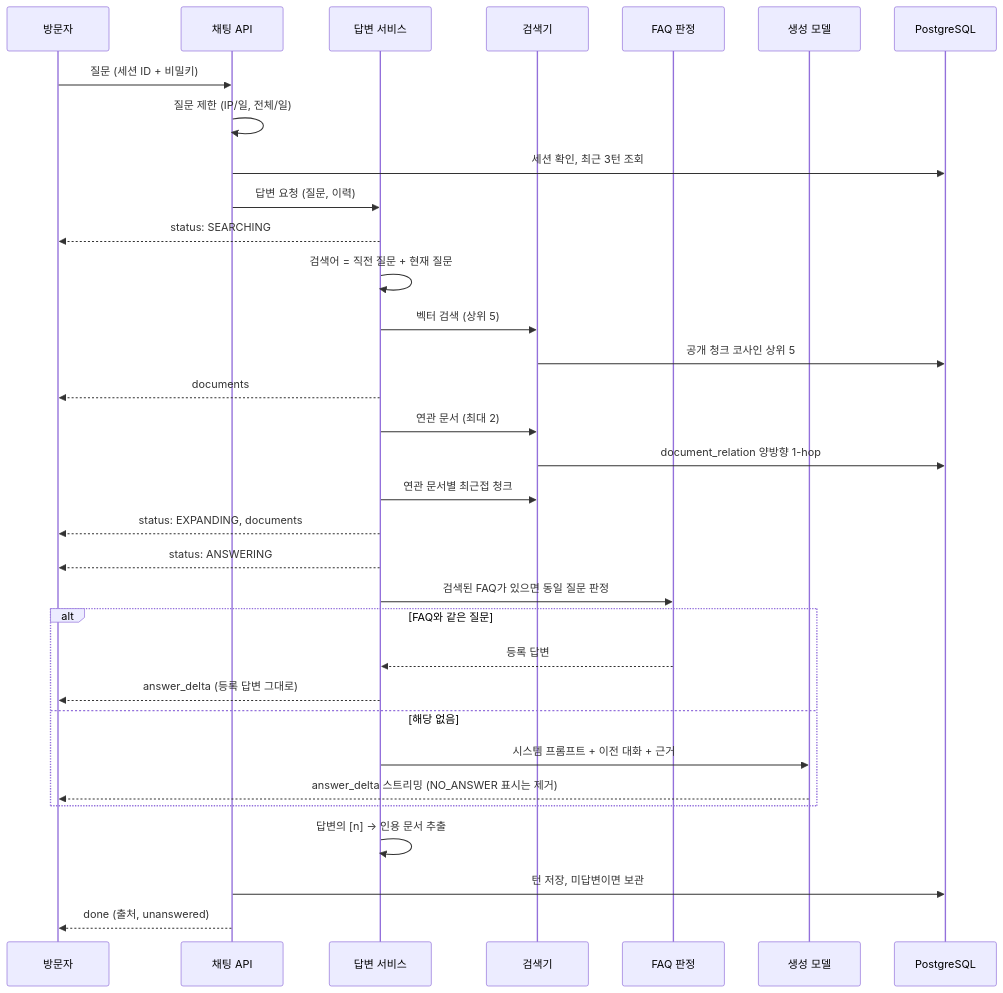
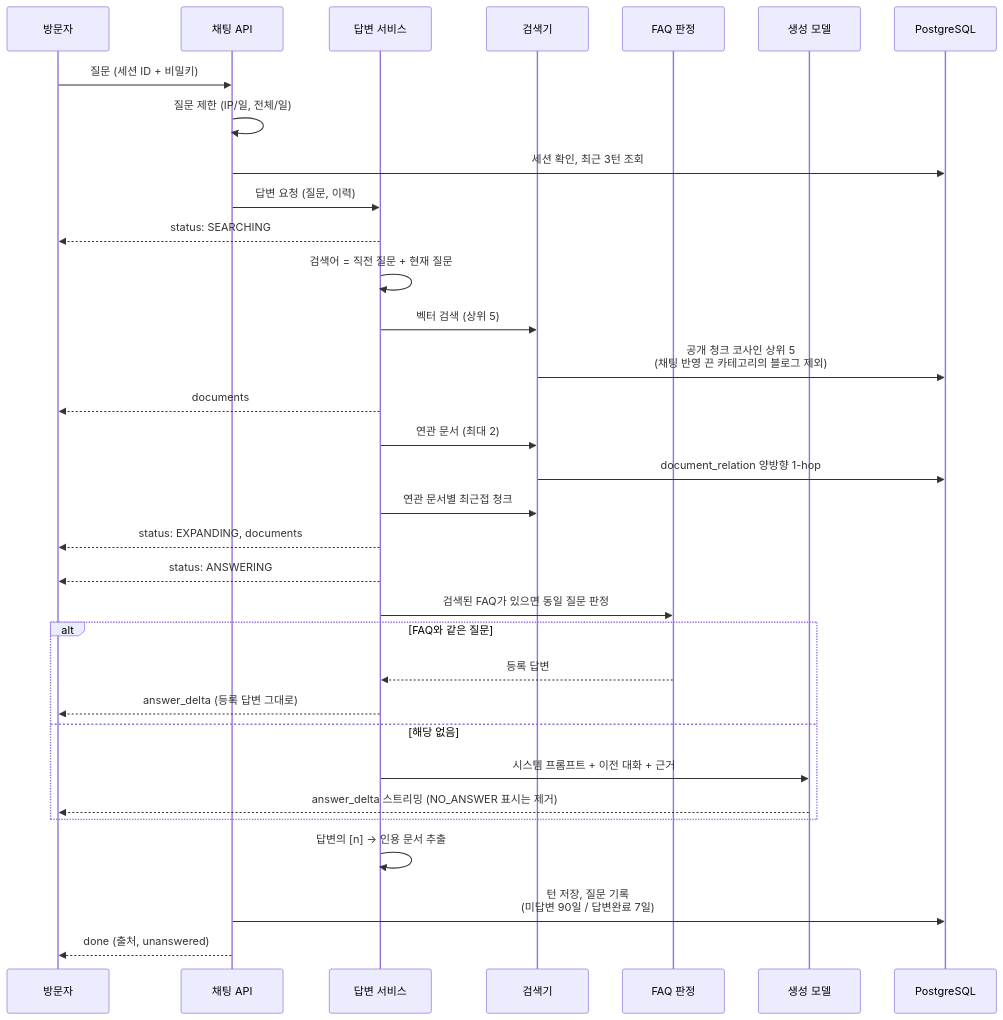
Before and after one commit to sonic0506/sonic-portfolio-ai-workspace: the fifth of 12 diagrams in docs/02-design/RAG_ARCHITECTURE_OVERVIEW.md, drawn with Mermaid. The commit also changed other lines of this file, not shown here.

First line of the commit message:
docs(rag): refresh architecture overview to 2026-10-12 code

````diff
--- a/docs/02-design/RAG_ARCHITECTURE_OVERVIEW.md
+++ b/docs/02-design/RAG_ARCHITECTURE_OVERVIEW.md
@@ -265,40 +266,40 @@
 ```mermaid
 sequenceDiagram
     participant V as 방문자
     participant C as 채팅 API
     participant S as 답변 서비스
     participant R as 검색기
     participant F as FAQ 판정
     participant G as 생성 모델
     participant DB as PostgreSQL
 
     V->>C: 질문 (세션 ID + 비밀키)
     C->>C: 질문 제한 (IP/일, 전체/일)
     C->>DB: 세션 확인, 최근 3턴 조회
     C->>S: 답변 요청 (질문, 이력)
 
     S-->>V: status: SEARCHING
     S->>S: 검색어 = 직전 질문 + 현재 질문
     S->>R: 벡터 검색 (상위 5)
-    R->>DB: 공개 청크 코사인 상위 5
+    R->>DB: 공개 청크 코사인 상위 5<br/>(채팅 반영 끈 카테고리의 블로그 제외)
     S-->>V: documents
 
     S->>R: 연관 문서 (최대 2)
     R->>DB: document_relation 양방향 1-hop
     S->>R: 연관 문서별 최근접 청크
     S-->>V: status: EXPANDING, documents
 
     S-->>V: status: ANSWERING
     S->>F: 검색된 FAQ가 있으면 동일 질문 판정
     alt FAQ와 같은 질문
         F-->>S: 등록 답변
         S-->>V: answer_delta (등록 답변 그대로)
     else 해당 없음
         S->>G: 시스템 프롬프트 + 이전 대화 + 근거
         G-->>V: answer_delta 스트리밍 (NO_ANSWER 표시는 제거)
     end
 
     S->>S: 답변의 [n] → 인용 문서 추출
-    C->>DB: 턴 저장, 미답변이면 보관
+    C->>DB: 턴 저장, 질문 기록<br/>(미답변 90일 / 답변완료 7일)
     C-->>V: done (출처, unanswered)
 ```
````
